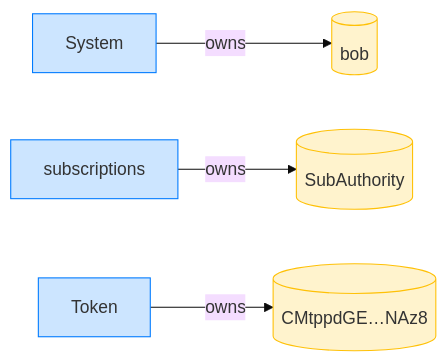
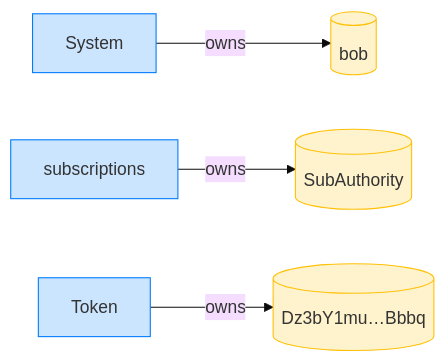
Diagram 12 of 16 in dsl_tests/recurring-transfer-delegator-mismatch-exploit-is-blocked.md (cds-rs/subscriptions), drawn with Mermaid (base theme) before and after one commit. The commit also changed other lines of this file and 224 other files, not shown here.

````diff
--- a/dsl_tests/recurring-transfer-delegator-mismatch-exploit-is-blocked.md
+++ b/dsl_tests/recurring-transfer-delegator-mismatch-exploit-is-blocked.md
@@ -229,14 +242,14 @@
 ```mermaid
 flowchart LR
     classDef owner fill:#cce5ff,stroke:#007bff;
     classDef account fill:#fff3cd,stroke:#ffc107;
     System[System]:::owner
     bob[(bob)]:::account
     subscriptions[subscriptions]:::owner
     SubAuthority[(SubAuthority)]:::account
     Token[Token]:::owner
-    CMtppdGE_NAz8[("CMtppdGE…NAz8")]:::account
+    Dz3bY1mu_Bbbq[("Dz3bY1mu…Bbbq")]:::account
     System -->|owns| bob
     subscriptions -->|owns| SubAuthority
-    Token -->|owns| CMtppdGE_NAz8
+    Token -->|owns| Dz3bY1mu_Bbbq
 ```
````
